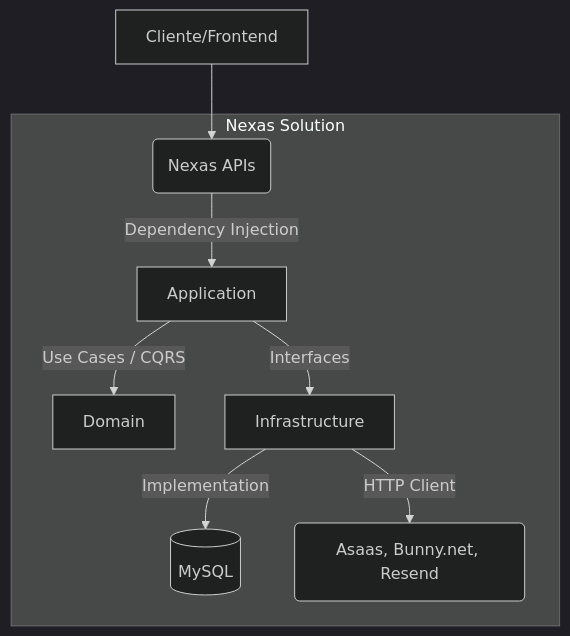
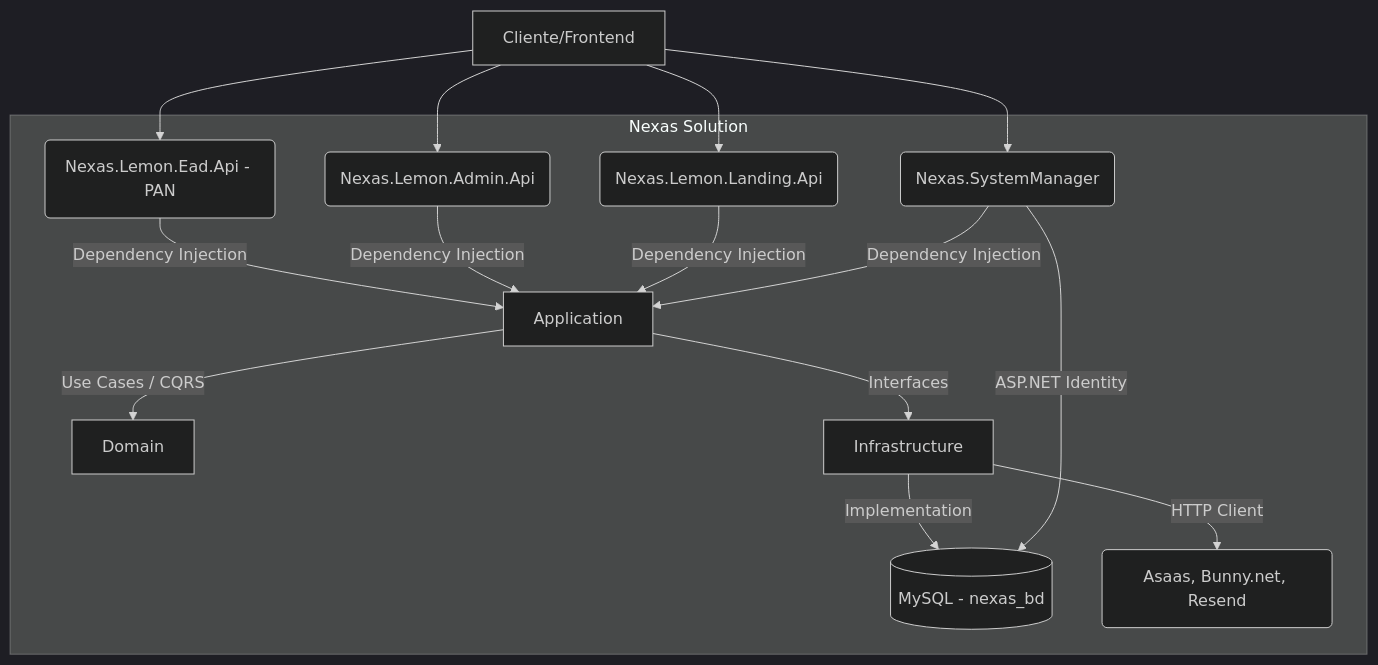
Before and after one commit to joe-blanca-git/nexas: the diagram in backend/README.md, drawn with Mermaid (dark theme). The commit also changed other lines of this file and 686 other files, not shown here.

````diff
--- a/backend/README.md
+++ b/backend/README.md
@@ -24,12 +24,19 @@
 ```mermaid
 graph TD
-    Client[Cliente/Frontend] --> API(Nexas APIs)
-    
+    Client[Cliente/Frontend] --> Ead(Nexas.Lemon.Ead.Api - PAN)
+    Client --> Admin(Nexas.Lemon.Admin.Api)
+    Client --> Landing(Nexas.Lemon.Landing.Api)
+    Client --> SysMgr(Nexas.SystemManager)
+
     subgraph Nexas Solution
-        API -->|Dependency Injection| Application
+        Ead -->|Dependency Injection| Application
+        Admin -->|Dependency Injection| Application
+        Landing -->|Dependency Injection| Application
+        SysMgr -->|Dependency Injection| Application
         Application -->|Use Cases / CQRS| Domain
         Application -->|Interfaces| Infrastructure
-        Infrastructure -->|Implementation| Database[(MySQL)]
+        Infrastructure -->|Implementation| Database[(MySQL - nexas_bd)]
         Infrastructure -->|HTTP Client| ExternalServices(Asaas, Bunny.net, Resend)
+        SysMgr -->|ASP.NET Identity| Database
     end
 ```
````
